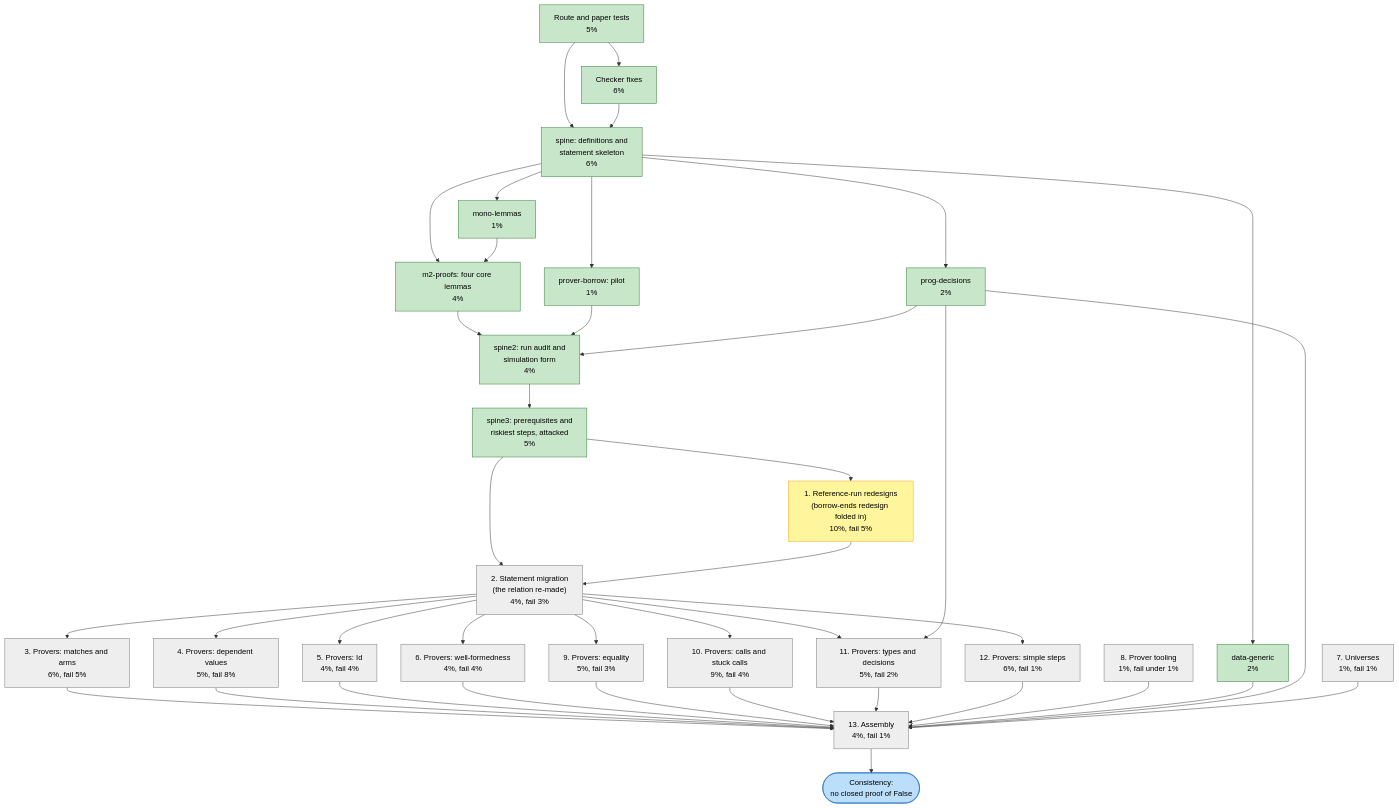
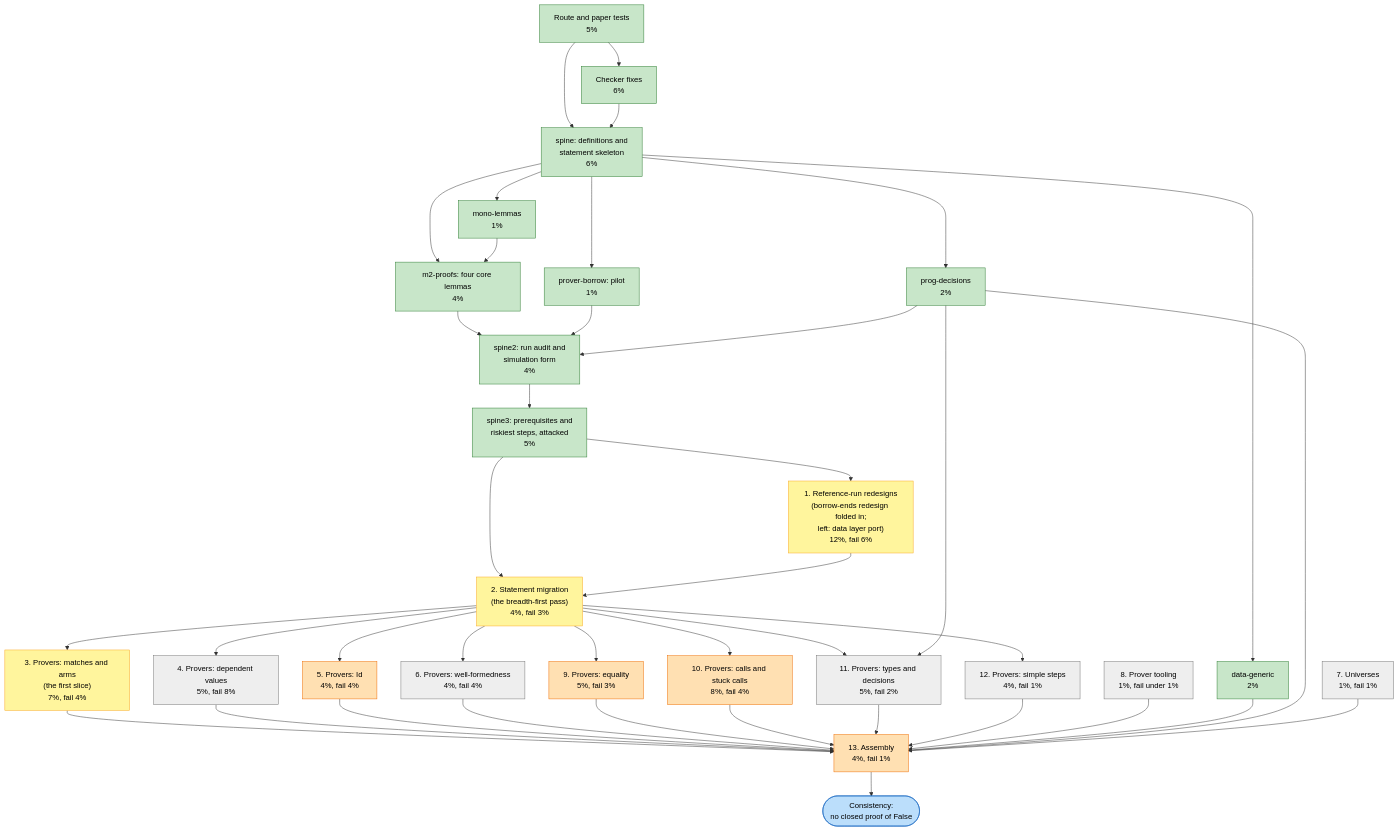
One commit to charlielidbury/ochre changed the diagram in ochr/docs/32-consistency-work-units.md. Above: the diagram before and after it, drawn with Mermaid. The commit also changed other lines of this file, not shown here.

Commit message:
ochr/docs/32: the diagram, the progress paragraph and the header brought into line with the tables
Claude-Session: https://claude.ai/code/session_01JC2Am19pNxk9cVF1D1aZLn

````diff
--- a/ochr/docs/32-consistency-work-units.md
+++ b/ochr/docs/32-consistency-work-units.md
@@ -139,78 +139,79 @@
 ```mermaid
 flowchart TD
     classDef done fill:#c8e6c9,stroke:#2e7d32,color:#000
     classDef running fill:#fff59d,stroke:#f9a825,color:#000
+    classDef stated fill:#ffe0b2,stroke:#ef6c00,color:#000
     classDef todo fill:#eeeeee,stroke:#757575,color:#000
     classDef goal fill:#bbdefb,stroke:#1565c0,color:#000
 
     tests["Route and paper tests<br/>5%"]:::done
     fixes["Checker fixes<br/>6%"]:::done
     spine["spine: definitions and<br/>statement skeleton<br/>6%"]:::done
     datagen["data-generic<br/>2%"]:::done
     mono["mono-lemmas<br/>1%"]:::done
     progdec["prog-decisions<br/>2%"]:::done
     m2["m2-proofs: four core lemmas<br/>4%"]:::done
     pborrow["prover-borrow: pilot<br/>1%"]:::done
     spine2["spine2: run audit and<br/>simulation form<br/>4%"]:::done
 
     spine3["spine3: prerequisites and<br/>riskiest steps, attacked<br/>5%"]:::done
 
-    redesign["1. Reference-run redesigns<br/>(borrow-ends redesign folded in)<br/>10%, fail 5%"]:::running
-    migrate["2. Statement migration<br/>(the relation re-made)<br/>4%, fail 3%"]:::todo
+    redesign["1. Reference-run redesigns<br/>(borrow-ends redesign folded in;<br/>left: data layer port)<br/>12%, fail 6%"]:::running
+    migrate["2. Statement migration<br/>(the breadth-first pass)<br/>4%, fail 3%"]:::running
 
-    pMatch["3. Provers: matches and arms<br/>6%, fail 5%"]:::todo
+    pMatch["3. Provers: matches and arms<br/>(the first slice)<br/>7%, fail 4%"]:::running
     dep["4. Provers: dependent values<br/>5%, fail 8%"]:::todo
-    idn["5. Provers: Id<br/>4%, fail 4%"]:::todo
+    idn["5. Provers: Id<br/>4%, fail 4%"]:::stated
     wf["6. Provers: well-formedness<br/>4%, fail 4%"]:::todo
     universes["7. Universes<br/>1%, fail 1%"]:::todo
     tooling["8. Prover tooling<br/>1%, fail under 1%"]:::todo
-    pEq["9. Provers: equality<br/>5%, fail 3%"]:::todo
-    pCalls["10. Provers: calls and stuck calls<br/>9%, fail 4%"]:::todo
+    pEq["9. Provers: equality<br/>5%, fail 3%"]:::stated
+    pCalls["10. Provers: calls and stuck calls<br/>8%, fail 4%"]:::stated
     pTypes["11. Provers: types and decisions<br/>5%, fail 2%"]:::todo
-    pSimple["12. Provers: simple steps<br/>6%, fail 1%"]:::todo
+    pSimple["12. Provers: simple steps<br/>4%, fail 1%"]:::todo
 
-    assembly["13. Assembly<br/>4%, fail 1%"]:::todo
+    assembly["13. Assembly<br/>4%, fail 1%"]:::stated
     goal(["Consistency:<br/>no closed proof of False"]):::goal
 
     tests --> fixes
     tests --> spine
     fixes --> spine
     spine --> datagen
     spine --> mono
     spine --> progdec
     spine --> m2
     spine --> pborrow
     mono --> m2
     m2 --> spine2
     pborrow --> spine2
     progdec --> spine2
 
     spine2 --> spine3
     spine3 --> redesign
     spine3 --> migrate
     redesign --> migrate
 
     migrate --> pMatch
     migrate --> dep
     migrate --> idn
     migrate --> wf
     migrate --> pEq
     migrate --> pCalls
     migrate --> pTypes
     migrate --> pSimple
     progdec --> pTypes
 
     pMatch --> assembly
     dep --> assembly
     idn --> assembly
     wf --> assembly
     pEq --> assembly
     pCalls --> assembly
     pTypes --> assembly
     pSimple --> assembly
     tooling --> assembly
     datagen --> assembly
     progdec --> assembly
     universes --> assembly
     assembly --> goal
 ```
````
